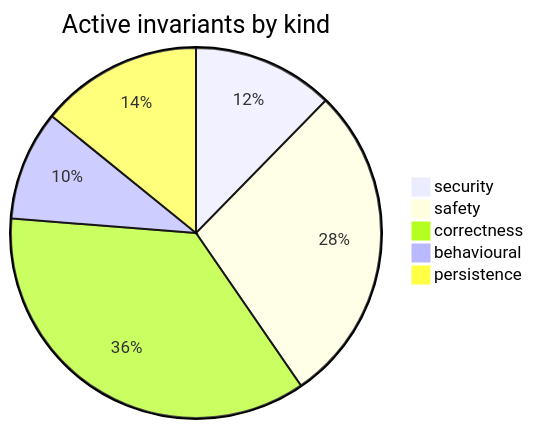
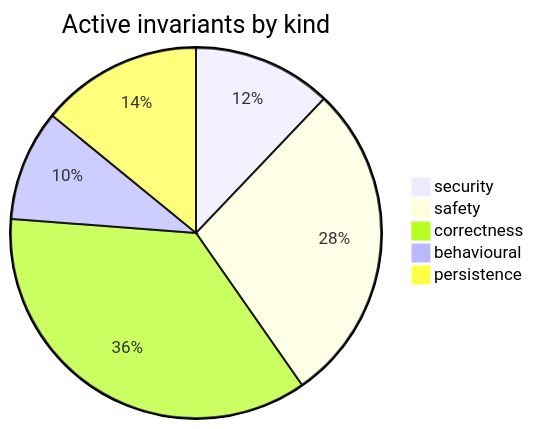
The diagram in docs/requirements-map.md (Lbstrydom/claude-engineering-skills), drawn with Mermaid before and after one commit. The commit also changed other lines of this file and 53 other files, not shown here.

````diff
--- a/docs/requirements-map.md
+++ b/docs/requirements-map.md
@@ -7,8 +7,8 @@
 ```mermaid
 pie title Active invariants by kind
-  "security" : 54
-  "safety" : 123
-  "correctness" : 157
-  "behavioural" : 42
-  "persistence" : 62
+  "security" : 55
+  "safety" : 128
+  "correctness" : 163
+  "behavioural" : 44
+  "persistence" : 64
 ```
````
